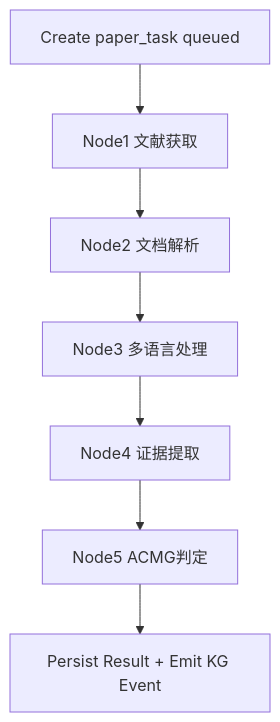
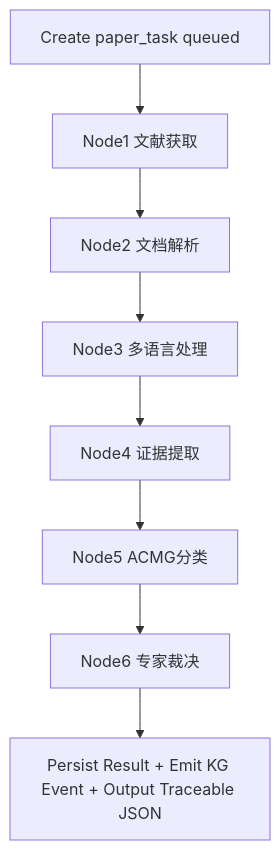
The first of 2 diagrams in apps/backend/docs/APP_FLOW.md (lanshi17/LinguaSeeker), drawn with Mermaid before and after one commit. The commit also changed other lines of this file and 72 other files, not shown here.

First line of the commit message:
Restructure documentation and establish v3.0 architecture baseline

````diff
--- a/apps/backend/docs/APP_FLOW.md
+++ b/apps/backend/docs/APP_FLOW.md
@@ -26,9 +26,10 @@
 ```mermaid
 flowchart TD
     A[Create paper_task queued] --> B[Node1 文献获取]
     B --> C[Node2 文档解析]
     C --> D[Node3 多语言处理]
     D --> E[Node4 证据提取]
-    E --> F[Node5 ACMG判定]
-    F --> G[Persist Result + Emit KG Event]
+    E --> F[Node5 ACMG分类]
+    F --> G[Node6 专家裁决]
+    G --> H[Persist Result + Emit KG Event + Output Traceable JSON]
 ```
````
